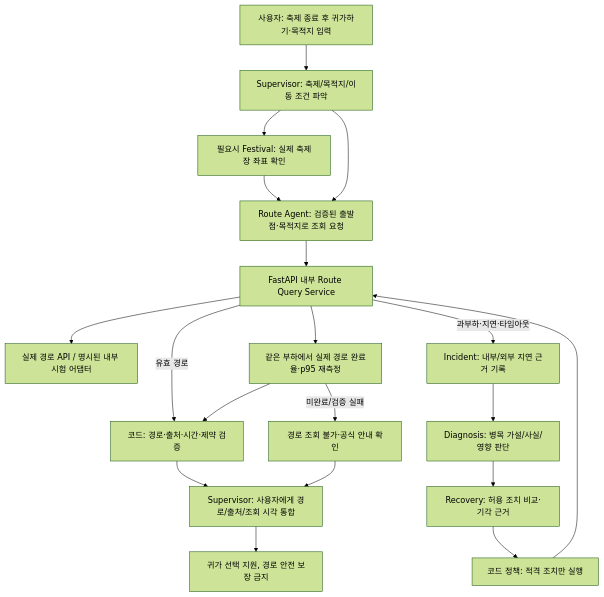
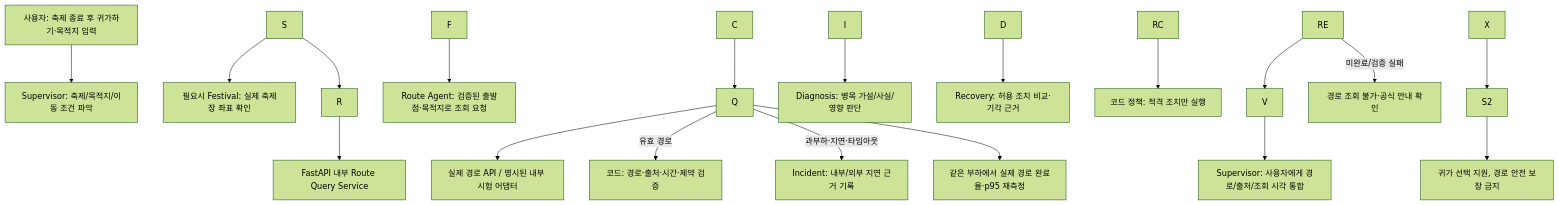
One commit to yubeenjjang/Final3team changed the third of 4 diagrams in Docs/Step 1/놀다가_기획서.md. Above: the diagram before and after it, drawn with Mermaid (forest theme). The commit also changed other lines of this file and 1 other file, not shown here.

````diff
--- a/Docs/Step 1/놀다가_기획서.md
+++ b/Docs/Step 1/놀다가_기획서.md
@@ -1054,21 +1077,21 @@
 ```mermaid
 flowchart TD
-  U[사용자: 축제 종료 후 귀가하기·목적지 입력] --> S[Supervisor: 축제/목적지/이동 조건 파악]
-  S --> F[필요시 Festival: 실제 축제장 좌표 확인]
-  F --> R[Route Agent: 검증된 출발점·목적지로 조회 요청]
+  U\[사용자: 축제 종료 후 귀가하기·목적지 입력] --> S\[Supervisor: 축제/목적지/이동 조건 파악]
+  S --> F\[필요시 Festival: 실제 축제장 좌표 확인]
+  F --> R\[Route Agent: 검증된 출발점·목적지로 조회 요청]
   S --> R
-  R --> Q[FastAPI 내부 Route Query Service]
-  Q --> P[실제 경로 API / 명시된 내부 시험 어댑터]
-  Q -->|유효 경로| V[코드: 경로·출처·시간·제약 검증]
-  Q -->|과부하·지연·타임아웃| I[Incident: 내부/외부 지연 근거 기록]
-  I --> D[Diagnosis: 병목 가설/사실/영향 판단]
-  D --> RC[Recovery: 허용 조치 비교·기각 근거]
-  RC --> C[코드 정책: 적격 조치만 실행]
+  R --> Q\[FastAPI 내부 Route Query Service]
+  Q --> P\[실제 경로 API / 명시된 내부 시험 어댑터]
+  Q -->|유효 경로| V\[코드: 경로·출처·시간·제약 검증]
+  Q -->|과부하·지연·타임아웃| I\[Incident: 내부/외부 지연 근거 기록]
+  I --> D\[Diagnosis: 병목 가설/사실/영향 판단]
+  D --> RC\[Recovery: 허용 조치 비교·기각 근거]
+  RC --> C\[코드 정책: 적격 조치만 실행]
   C --> Q
-  Q --> RE[같은 부하에서 실제 경로 완료율·p95 재측정]
+  Q --> RE\[같은 부하에서 실제 경로 완료율·p95 재측정]
   RE --> V
-  V --> S2[Supervisor: 사용자에게 경로/출처/조회 시각 통합]
-  RE -->|미완료/검증 실패| X[경로 조회 불가·공식 안내 확인]
+  V --> S2\[Supervisor: 사용자에게 경로/출처/조회 시각 통합]
+  RE -->|미완료/검증 실패| X\[경로 조회 불가·공식 안내 확인]
   X --> S2
-  S2 --> OUT[귀가 선택 지원, 경로 안전 보장 금지]
+  S2 --> OUT\[귀가 선택 지원, 경로 안전 보장 금지]
 ```
````
